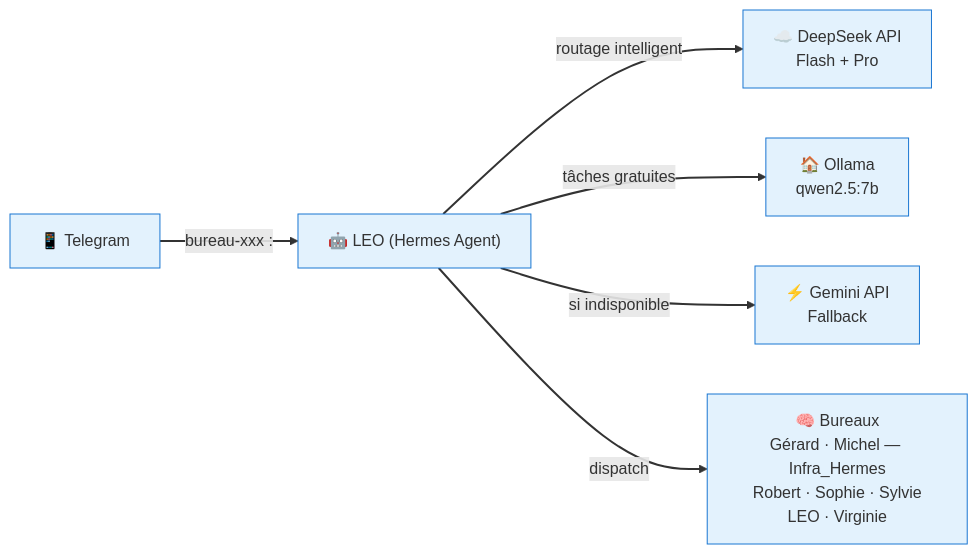
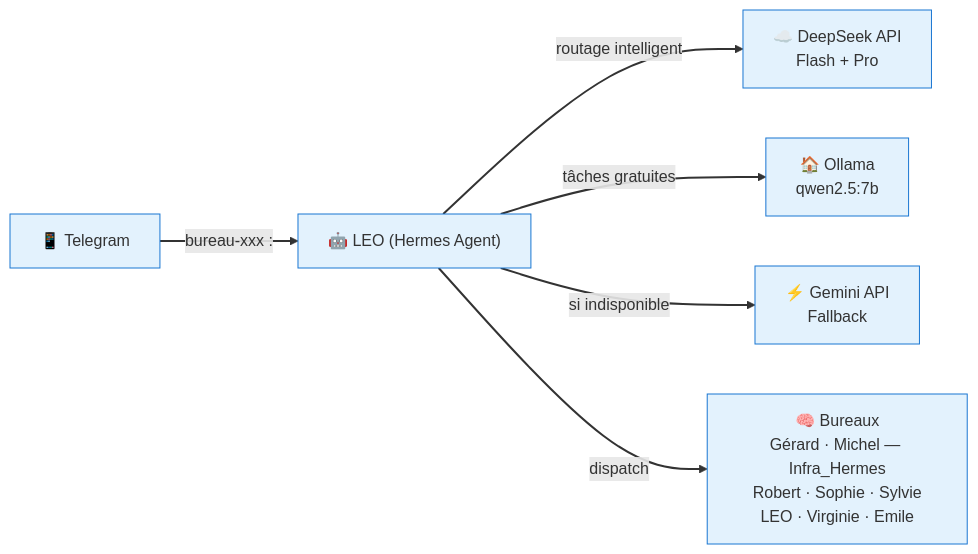
The first of 3 diagrams in docs/index.md (christophedanhier-hash/BAVI_LEO), drawn with Mermaid before and after one commit. The commit also changed other lines of this file and 11 other files, not shown here.

````diff
--- a/docs/index.md
+++ b/docs/index.md
@@ -41,23 +42,23 @@
 ```mermaid
 flowchart LR
     Telegram["📱 Telegram"]
     LEO["🤖 LEO (Hermes Agent)"]
-    Bureaux["🧠 Bureaux<br/>Gérard · Michel — Infra_Hermes<br/>Robert · Sophie · Sylvie<br/>LEO · Virginie"]
+    Bureaux["🧠 Bureaux<br/>Gérard · Michel — Infra_Hermes<br/>Robert · Sophie · Sylvie<br/>LEO · Virginie · Emile"]
     DeepSeek["☁️ DeepSeek API<br/>Flash + Pro"]
     Ollama["🏠 Ollama<br/>qwen2.5:7b"]
     Gemini["⚡ Gemini API<br/>Fallback"]
 
     Telegram -->|"bureau-xxx : <demande>"| LEO
     LEO -->|"routage intelligent"| DeepSeek
     LEO -->|"tâches gratuites"| Ollama
     LEO -->|"si indisponible"| Gemini
     LEO -->|"dispatch"| Bureaux
 
     style Telegram fill:#e3f2fd,stroke:#1976d2
     style LEO fill:#e3f2fd,stroke:#1976d2
     style Bureaux fill:#e3f2fd,stroke:#1976d2
     style DeepSeek fill:#e3f2fd,stroke:#1976d2
     style Ollama fill:#e3f2fd,stroke:#1976d2
     style Gemini fill:#e3f2fd,stroke:#1976d2
     linkStyle default stroke-width:2px,fill:none
 ```
````
